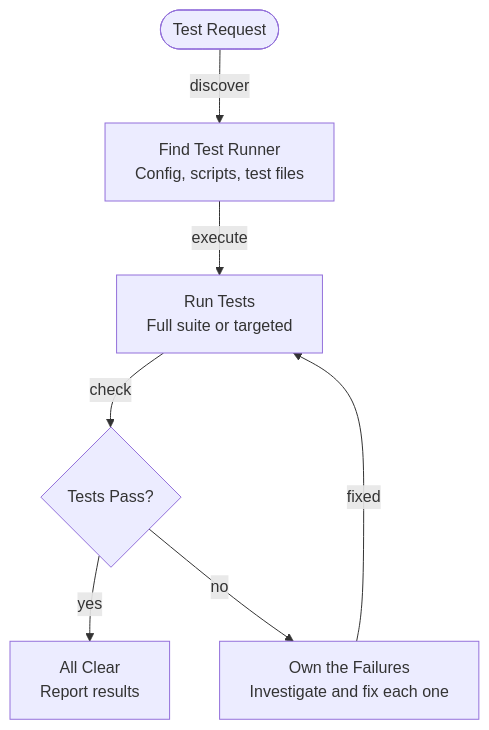
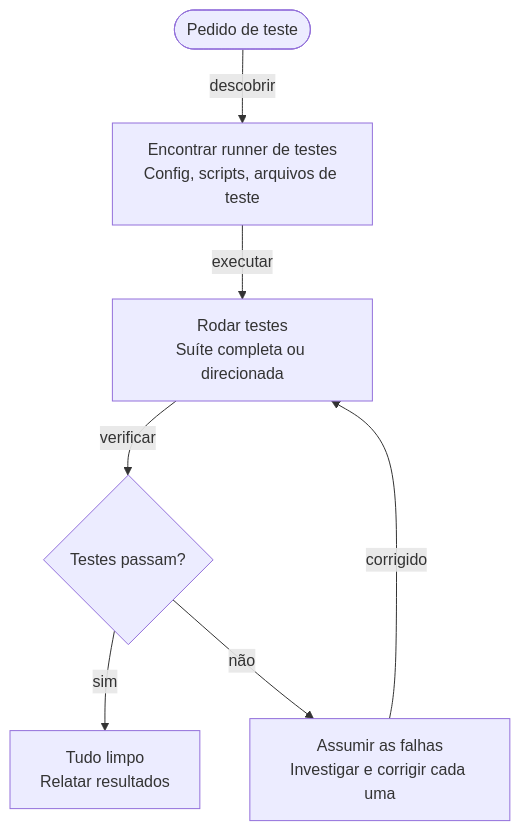
Before and after one commit to claude-code-mods/claude-code-mods-pt-br: the fourth of 10 diagrams in mods/start/README.md, drawn with Mermaid. The commit also changed other lines of this file and 21 other files, not shown here.

````diff
--- a/mods/start/README.md
+++ b/mods/start/README.md
@@ -245,9 +245,9 @@
 ```mermaid
 flowchart TD
-    A([Test Request]) --> |discover| B[Find Test Runner<br/>Config, scripts, test files]
-    B --> |execute| C[Run Tests<br/>Full suite or targeted]
-    C --> |check| D{Tests Pass?}
-    D --> |yes| E[All Clear<br/>Report results]
-    D --> |no| F[Own the Failures<br/>Investigate and fix each one]
-    F --> |fixed| C
+    A([Pedido de teste]) --> |descobrir| B[Encontrar runner de testes<br/>Config, scripts, arquivos de teste]
+    B --> |executar| C[Rodar testes<br/>Suíte completa ou direcionada]
+    C --> |verificar| D{Testes passam?}
+    D --> |sim| E[Tudo limpo<br/>Relatar resultados]
+    D --> |não| F[Assumir as falhas<br/>Investigar e corrigir cada uma]
+    F --> |corrigido| C
 ```
````
